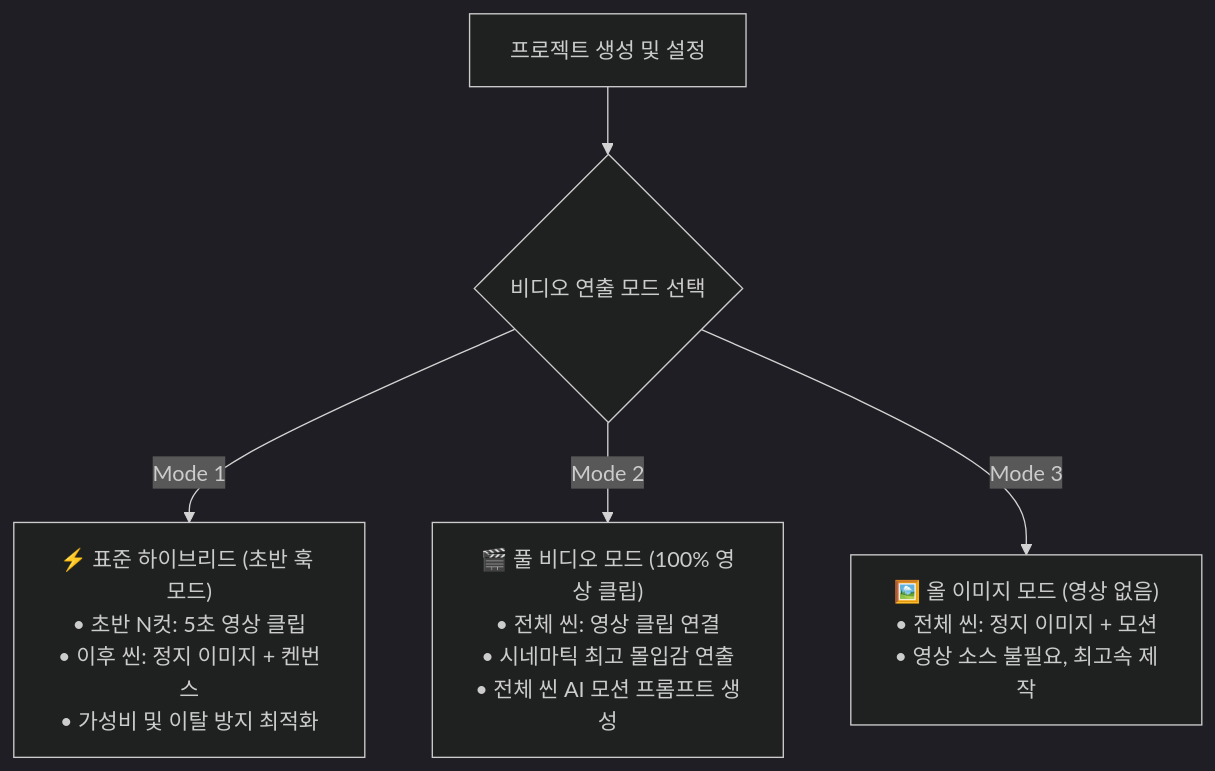
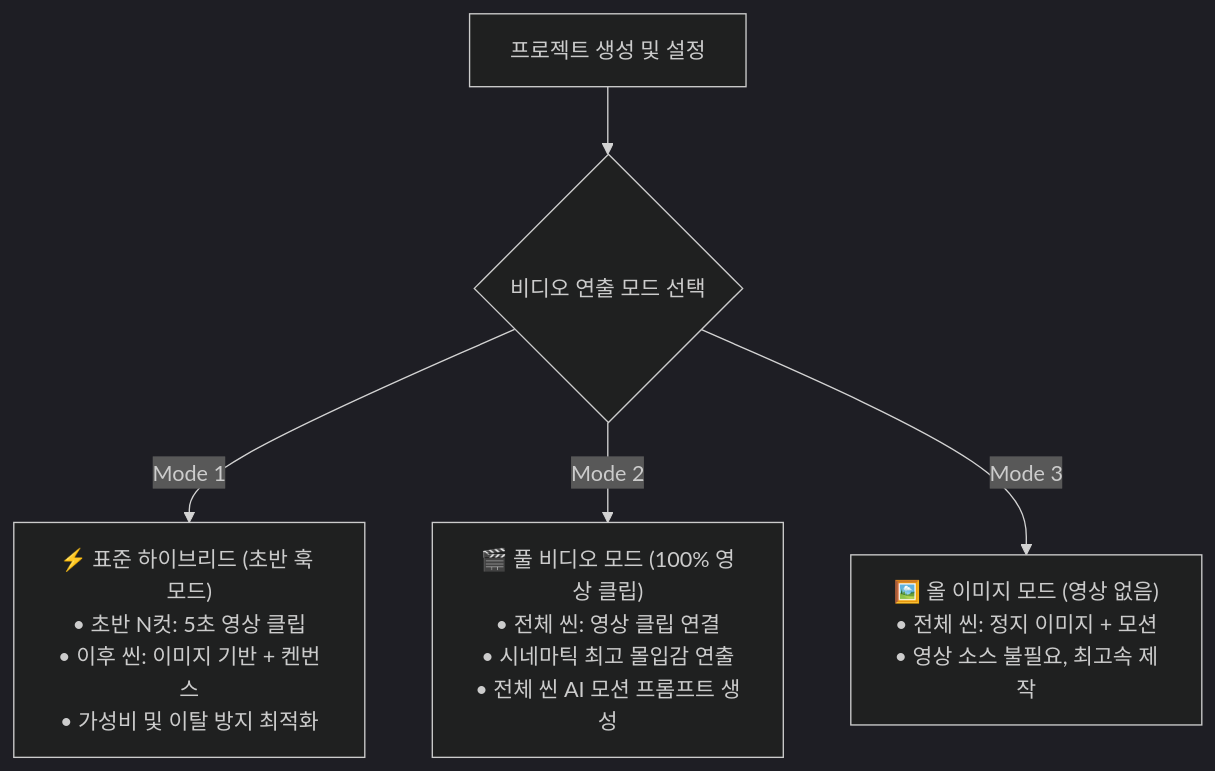
One commit to ibnetsoft/mytube changed the first of 2 diagrams in docs/DYNAMIC_HOOK_AND_FULL_VIDEO_PIPELINE.md. Above: the diagram before and after it, drawn with Mermaid (dark theme). The commit also changed other lines of this file and 7 other files, not shown here.

````diff
--- a/docs/DYNAMIC_HOOK_AND_FULL_VIDEO_PIPELINE.md
+++ b/docs/DYNAMIC_HOOK_AND_FULL_VIDEO_PIPELINE.md
@@ -29,8 +31,8 @@
 ```mermaid
 graph TD
     Project[프로젝트 생성 및 설정] --> ModeSelect{비디오 연출 모드 선택}
     
-    ModeSelect -->|Mode 1| Hybrid["⚡ 표준 하이브리드 (초반 훅 모드)\n• 초반 N컷: 5초 영상 클립\n• 이후 씬: 정지 이미지 + 켄번스\n• 가성비 및 이탈 방지 최적화"]
+    ModeSelect -->|Mode 1| Hybrid["⚡ 표준 하이브리드 (초반 훅 모드)\n• 초반 N컷: 5초 영상 클립\n• 이후 씬: 이미지 기반 + 켄번스\n• 가성비 및 이탈 방지 최적화"]
     ModeSelect -->|Mode 2| FullVideo["🎬 풀 비디오 모드 (100% 영상 클립)\n• 전체 씬: 영상 클립 연결\n• 시네마틱 최고 몰입감 연출\n• 전체 씬 AI 모션 프롬프트 생성"]
     ModeSelect -->|Mode 3| AllImage["🖼️ 올 이미지 모드 (영상 없음)\n• 전체 씬: 정지 이미지 + 모션\n• 영상 소스 불필요, 최고속 제작"]
 ```
````
